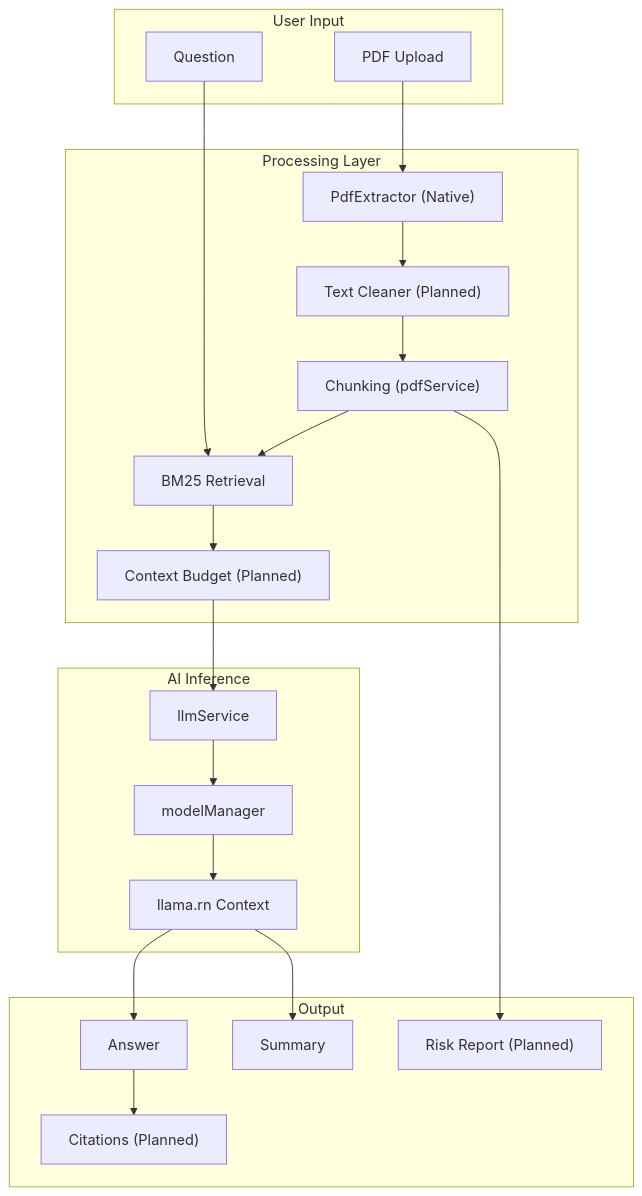
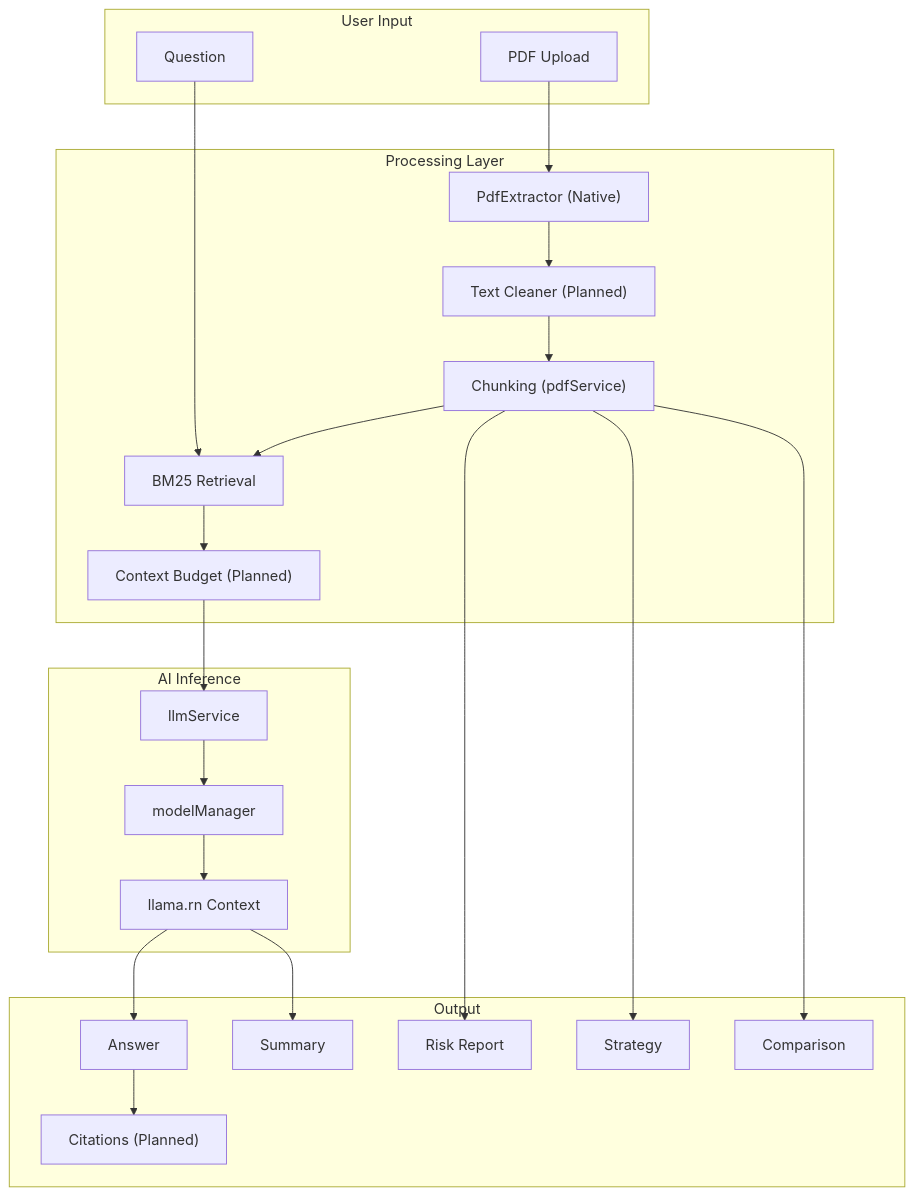
One commit to Nani040905/mobile-legal-ai-assistant changed the first of 14 diagrams in docs/04-data-flow.md. Above: the diagram before and after it, drawn with Mermaid. The commit also changed other lines of this file and 3 other files, not shown here.

Commit message:
Update docs to reflect Phase 13 and Phase 18 architecture and roadmap

````diff
--- a/docs/04-data-flow.md
+++ b/docs/04-data-flow.md
@@ -5,38 +5,42 @@
 ```mermaid
 graph TB
     subgraph Input["User Input"]
         Q["Question"]
         PDF["PDF Upload"]
     end
 
     subgraph Processing["Processing Layer"]
         PE["PdfExtractor (Native)"]
         CHUNK["Chunking (pdfService)"]
         BM25["BM25 Retrieval"]
         CB["Context Budget (Planned)"]
         CLEAN["Text Cleaner (Planned)"]
     end
 
     subgraph AI["AI Inference"]
         LLM["llmService"]
         MM["modelManager"]
         LLAMA["llama.rn Context"]
     end
 
     subgraph Output["Output"]
         ANS["Answer"]
         SUM["Summary"]
         CIT["Citations (Planned)"]
-        RISK["Risk Report (Planned)"]
+        RISK["Risk Report"]
+        STRAT["Strategy"]
+        COMPARE["Comparison"]
     end
 
     PDF --> PE --> CLEAN --> CHUNK
     Q --> BM25
     CHUNK --> BM25
     BM25 --> CB --> LLM
     LLM --> MM --> LLAMA
     LLAMA --> ANS
     LLAMA --> SUM
     ANS --> CIT
     CHUNK --> RISK
+    CHUNK --> STRAT
+    CHUNK --> COMPARE
 ```
````
